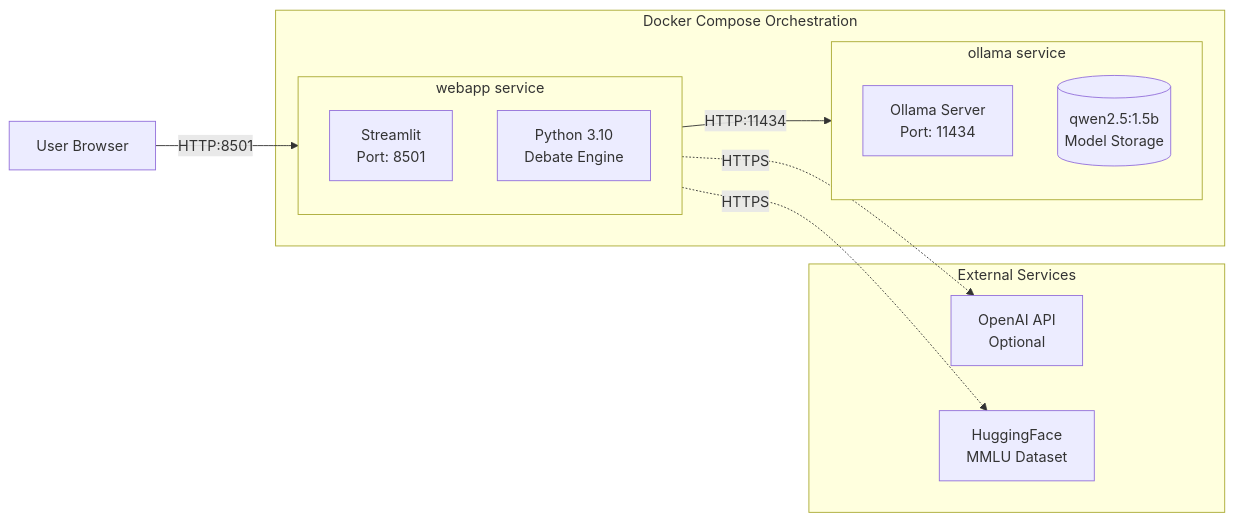
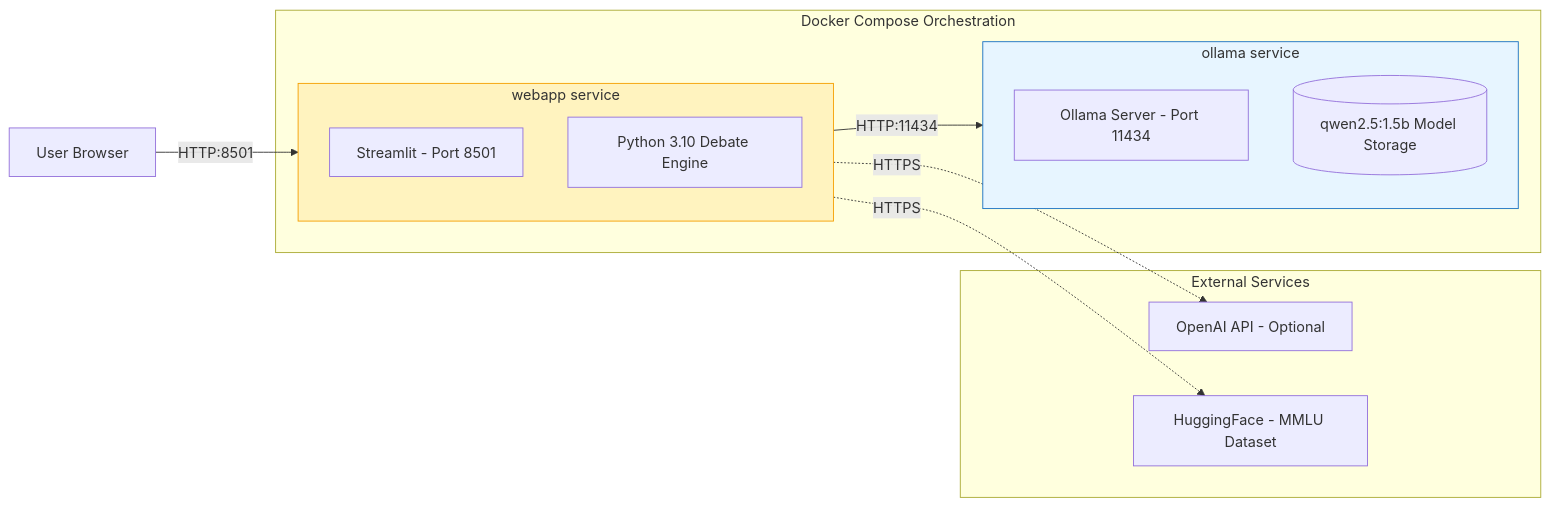
The third of 22 diagrams in README.md (mikenk2010/COSC3009-Intelligent-Decision-Making-Advanced-IDM-Algorithm-Design), drawn with Mermaid before and after one commit. The commit also changed other lines of this file and 1 other file, not shown here.

````diff
--- a/README.md
+++ b/README.md
@@ -105,25 +151,28 @@
 ```mermaid
 flowchart LR
     subgraph Docker["Docker Compose Orchestration"]
         subgraph Ollama["ollama service"]
-            OLL[Ollama Server<br/>Port: 11434]
-            MODEL[(qwen2.5:1.5b<br/>Model Storage)]
+            OLL["Ollama Server - Port 11434"]
+            MODEL[("qwen2.5:1.5b Model Storage")]
         end
 
         subgraph Webapp["webapp service"]
-            STREAM[Streamlit<br/>Port: 8501]
-            PY[Python 3.10<br/>Debate Engine]
+            STREAM["Streamlit - Port 8501"]
+            PY["Python 3.10 Debate Engine"]
         end
     end
 
     subgraph External["External Services"]
-        OPENAI[OpenAI API<br/>Optional]
-        HF[HuggingFace<br/>MMLU Dataset]
+        OPENAIEXT["OpenAI API - Optional"]
+        HF["HuggingFace - MMLU Dataset"]
     end
 
-    Webapp --> |HTTP:11434| Ollama
-    Webapp -.-> |HTTPS| OPENAI
-    Webapp -.-> |HTTPS| HF
+    Webapp --> |"HTTP:11434"| Ollama
+    Webapp -.-> |"HTTPS"| OPENAIEXT
+    Webapp -.-> |"HTTPS"| HF
 
-    USER[User Browser] --> |HTTP:8501| Webapp
+    USER["User Browser"] --> |"HTTP:8501"| Webapp
+
+    style Ollama fill:#e7f5ff,stroke:#1971c2
+    style Webapp fill:#fff3bf,stroke:#f59f00
 ```
````
